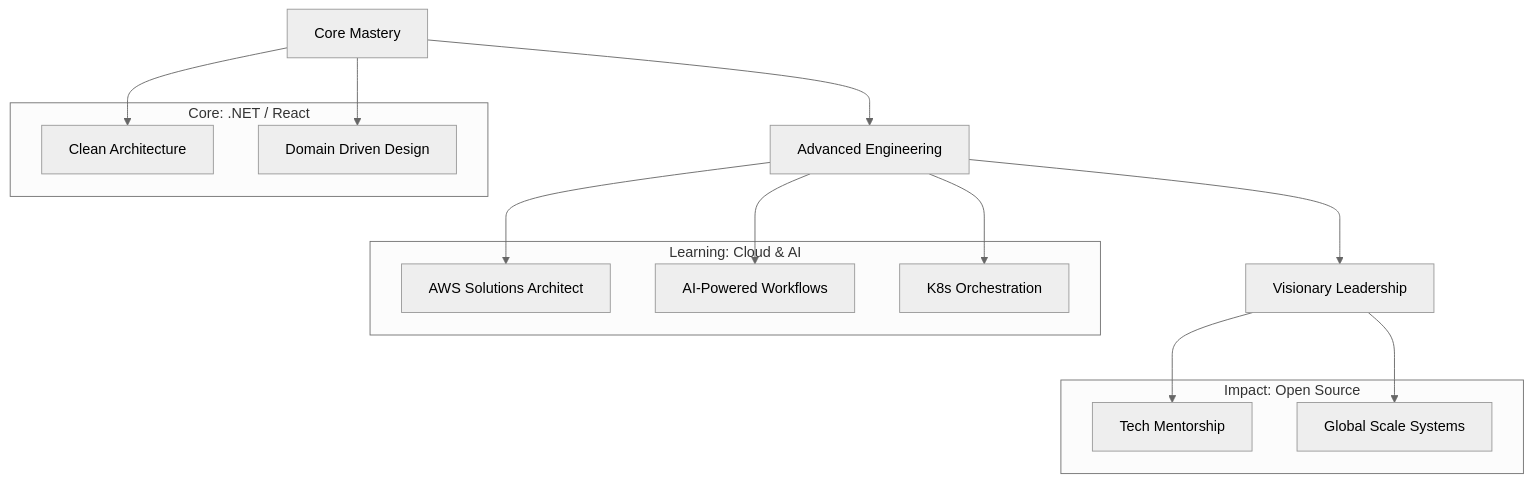
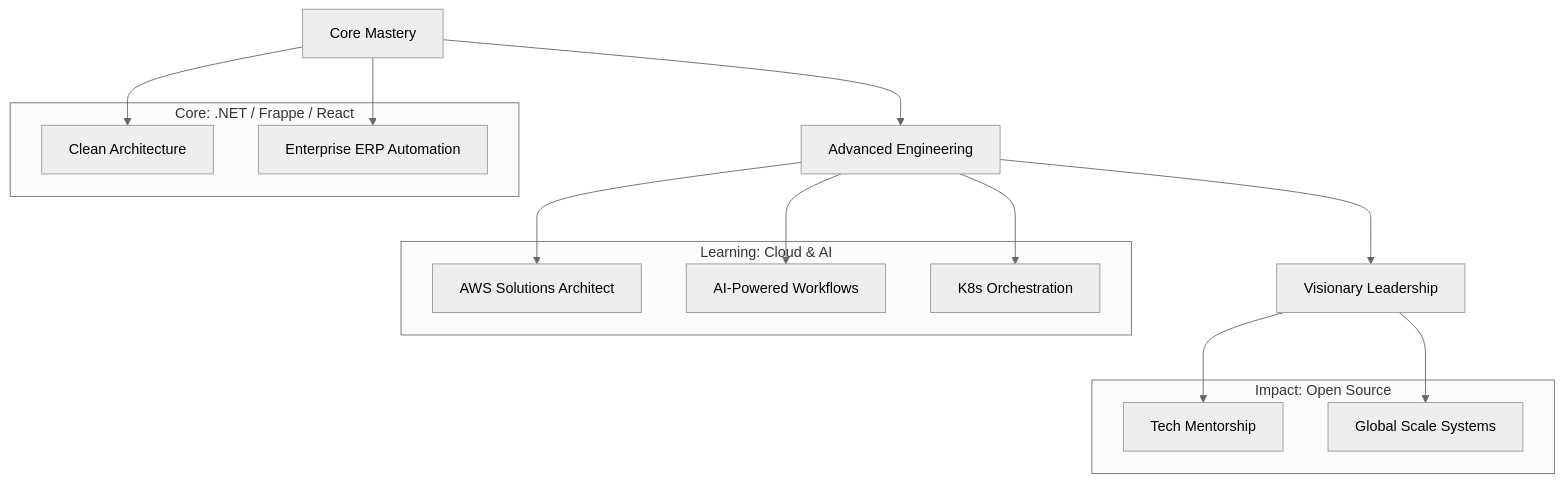
Before and after one commit to BinaDev29/BinaDev29: the diagram in README.md, drawn with Mermaid (neutral theme). The commit also changed other lines of this file, not shown here.

````diff
--- a/README.md
+++ b/README.md
@@ -202,25 +168,25 @@
 ```mermaid
 graph TD
     A[Core Mastery] --> B[Advanced Engineering]
     B --> C[Visionary Leadership]
     
-    subgraph "Core: .NET / React"
+    subgraph "Core: .NET / Frappe / React"
     A1[Clean Architecture]
-    A2[Domain Driven Design]
+    A2[Enterprise ERP Automation]
     end
     
     subgraph "Learning: Cloud & AI"
     B1[AWS Solutions Architect]
     B2[AI-Powered Workflows]
     B3[K8s Orchestration]
     end
     
     subgraph "Impact: Open Source"
     C1[Tech Mentorship]
     C2[Global Scale Systems]
     end
     
     A --> A1 & A2
     B --> B1 & B2 & B3
     C --> C1 & C2
 ```
````
